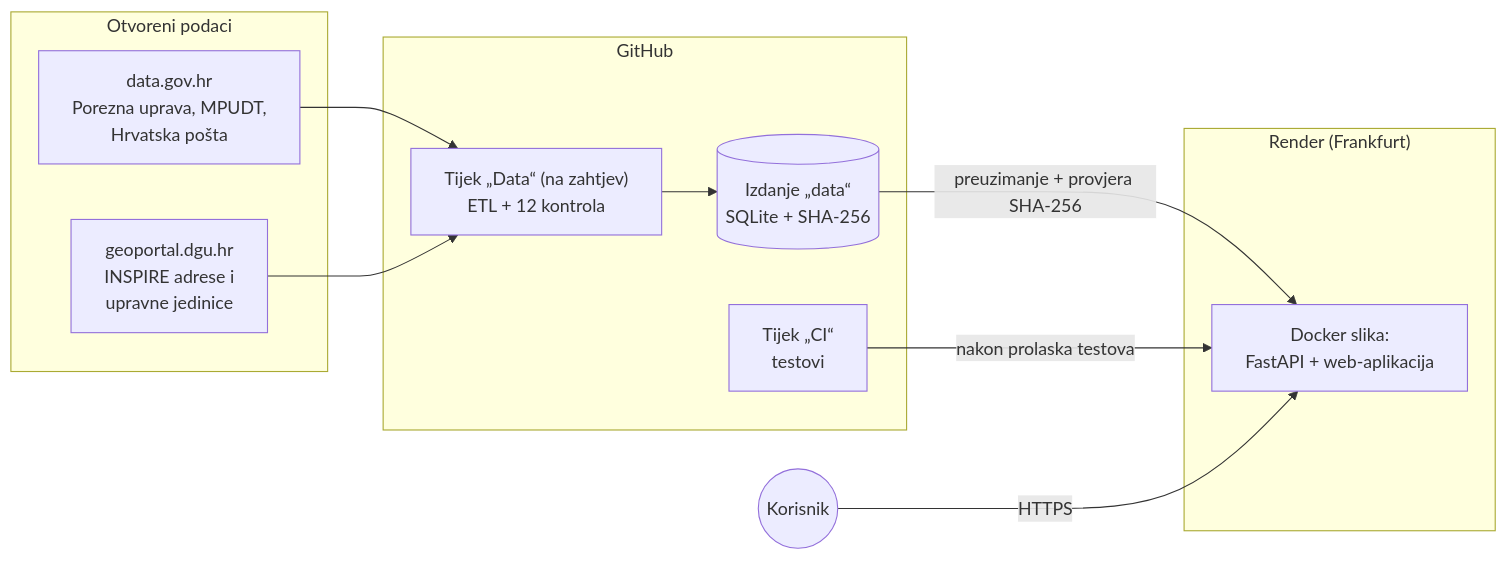
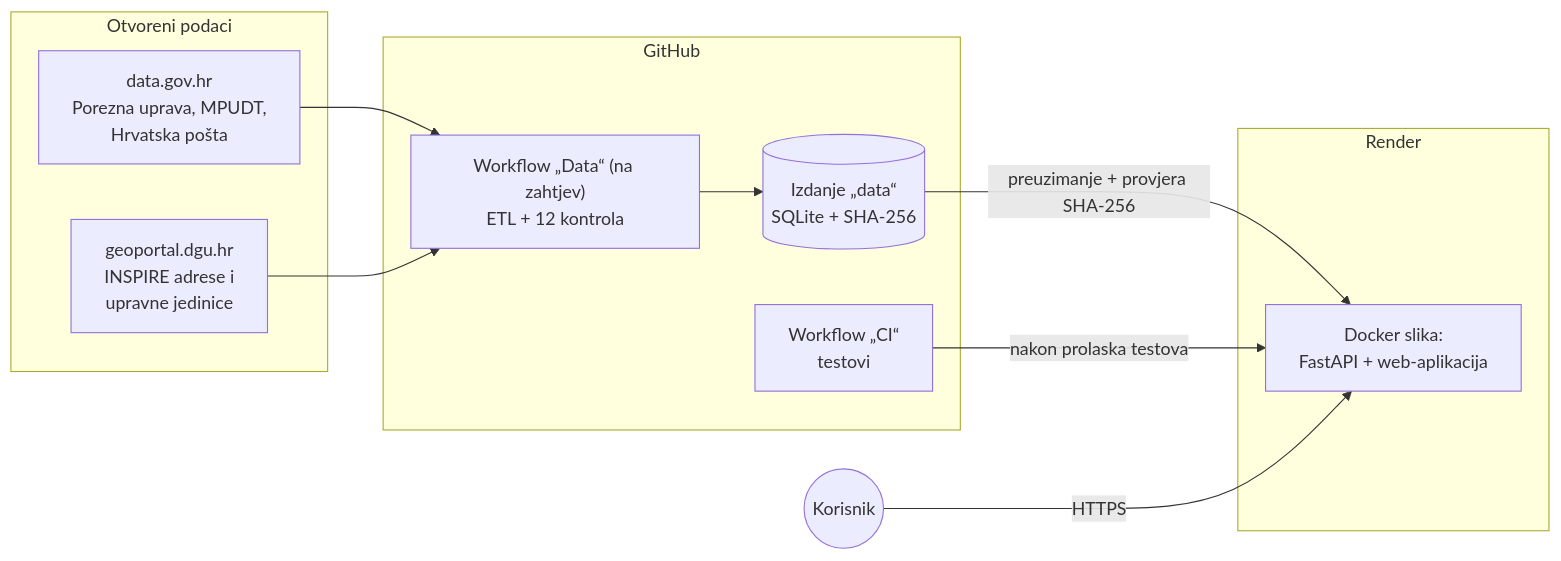
Before and after one commit to djurgec/renter-tax-calculator: the second of 2 diagrams in docs/DOKUMENTACIJA.md, drawn with Mermaid. The commit also changed other lines of this file and 1 other file, not shown here.

````diff
--- a/docs/DOKUMENTACIJA.md
+++ b/docs/DOKUMENTACIJA.md
@@ -202,21 +169,21 @@
 ```mermaid
 flowchart LR
     subgraph Izvori["Otvoreni podaci"]
         DG[data.gov.hr<br/>Porezna uprava, MPUDT,<br/>Hrvatska pošta]
         GEO[geoportal.dgu.hr<br/>INSPIRE adrese i<br/>upravne jedinice]
     end
     subgraph GitHub
-        WF["Tijek „Data“ (na zahtjev)<br/>ETL + 12 kontrola"]
+        WF["Workflow „Data“ (na zahtjev)<br/>ETL + 12 kontrola"]
         REL[(Izdanje „data“<br/>SQLite + SHA-256)]
-        CI["Tijek „CI“<br/>testovi"]
+        CI["Workflow „CI“<br/>testovi"]
     end
-    subgraph Render["Render (Frankfurt)"]
+    subgraph Render["Render"]
         IMG["Docker slika:<br/>FastAPI + web-aplikacija"]
     end
     DG --> WF
     GEO --> WF
     WF --> REL
     REL -->|preuzimanje + provjera SHA-256| IMG
     CI -->|nakon prolaska testova| IMG
     U((Korisnik)) -->|HTTPS| IMG
 ```
````
